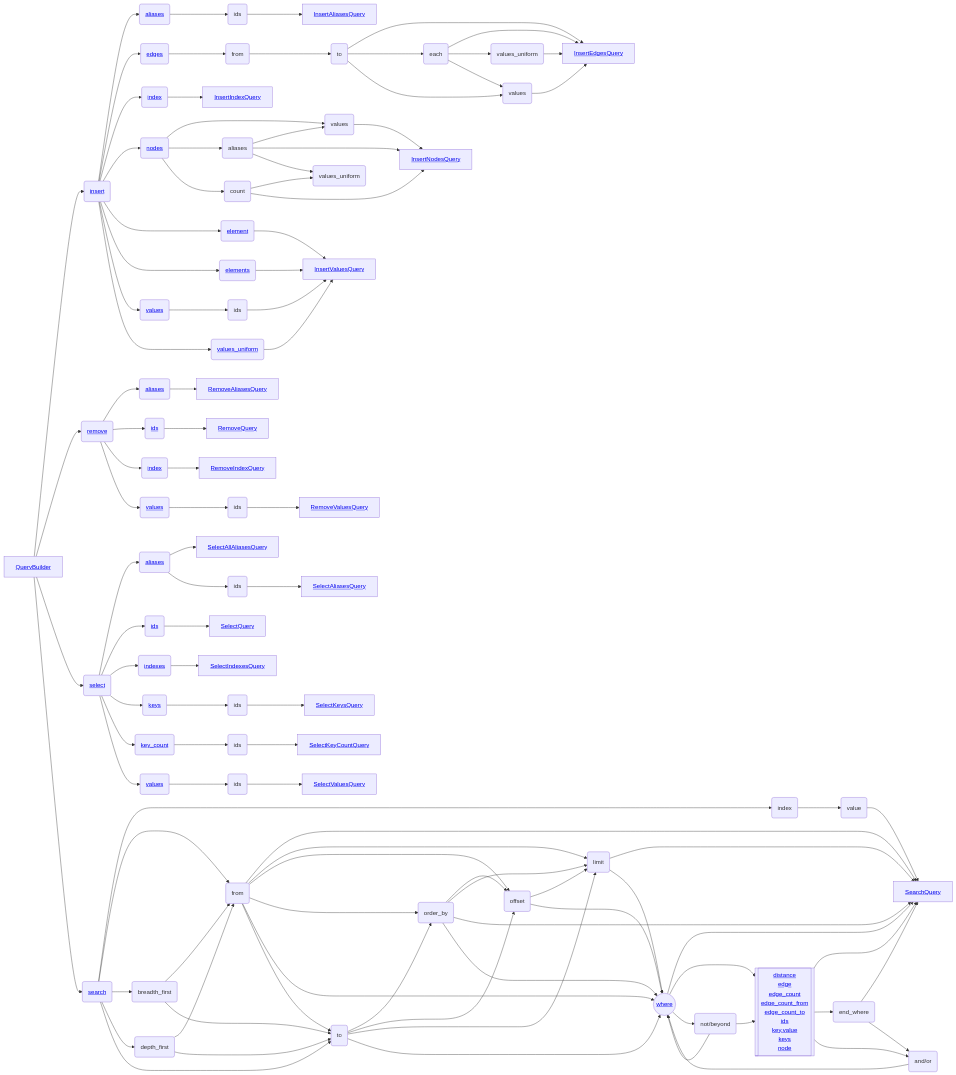
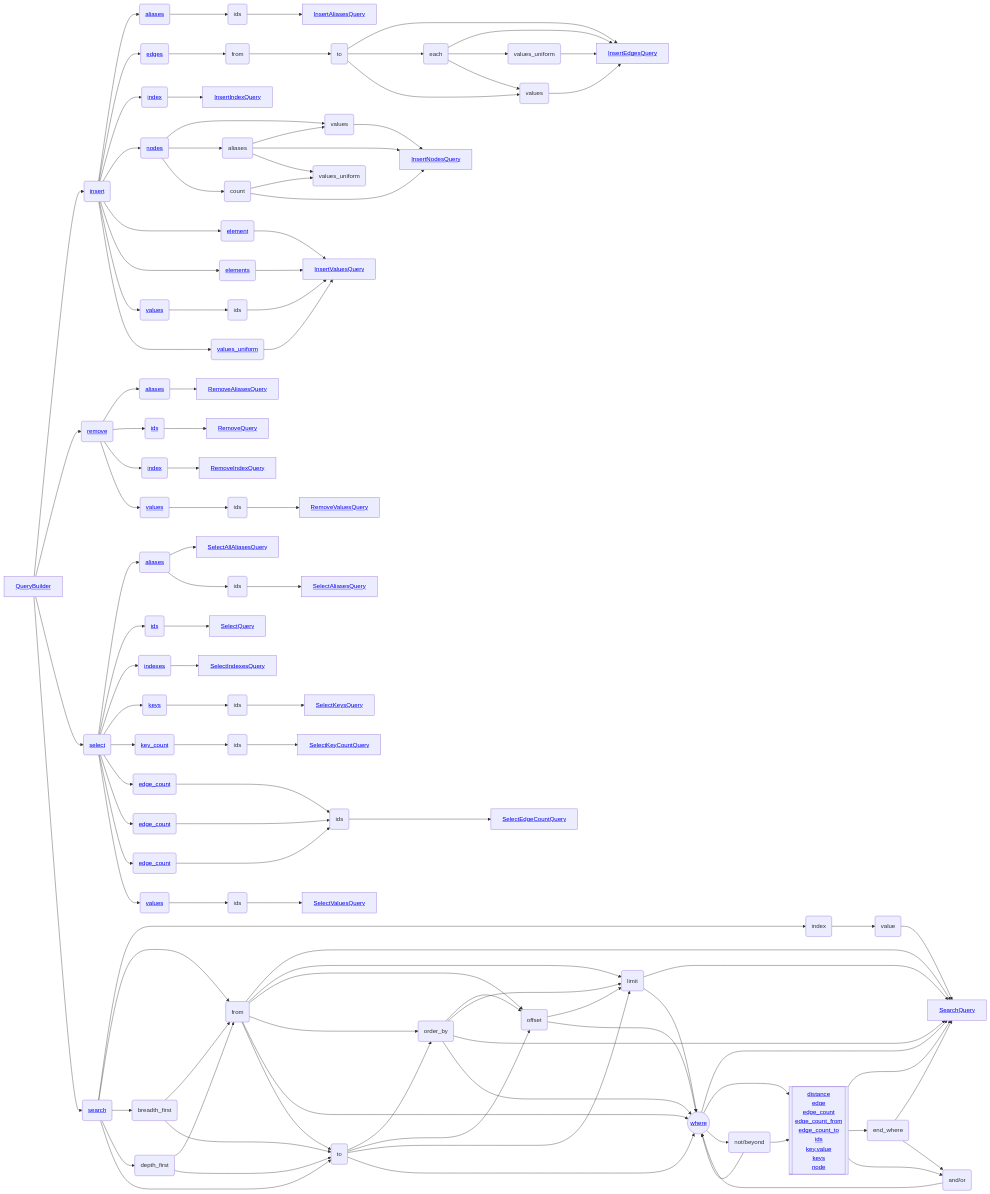
Before and after one commit to agnesoft/agdb: the diagram in docs/queries.md, drawn with Mermaid. The commit also changed other lines of this file and 18 other files, not shown here.

First line of the commit message:
[db] Add select edge_count #1084 (#1087)

````diff
--- a/docs/queries.md
+++ b/docs/queries.md
@@ -3,77 +3,80 @@
 ```mermaid
 flowchart LR
 
     QueryBuilder["<a href='https://docs.rs/agdb/latest/agdb/struct.QueryBuilder.html'>QueryBuilder</a>"] --> insert("<a href='https://github.com/agnesoft/agdb/blob/main/docs/queries.md#insert'>insert</a>")
     QueryBuilder --> remove("<a href='https://github.com/agnesoft/agdb/blob/main/docs/queries.md#remove'>remove</a>")
     QueryBuilder --> select("<a href='https://github.com/agnesoft/agdb/blob/main/docs/queries.md#select'>select</a>")
     QueryBuilder --> search("<a href='https://github.com/agnesoft/agdb/blob/main/docs/queries.md#search'>search</a>")
 
     insert --> i_aliases("<a href='https://github.com/agnesoft/agdb/blob/main/docs/queries.md#insert-aliases'>aliases</a>") --> i_a_ids("ids") --> InsertAliasesQuery["<a href='https://github.com/agnesoft/agdb/blob/main/docs/queries.md#insert-aliases'>InsertAliasesQuery</a>"]
     insert --> i_edges("<a href='https://github.com/agnesoft/agdb/blob/main/docs/queries.md#insert-edges'>edges</a>") --> i_e_from("from") --> i_e_to("to") --> InsertEdgesQuery["<a href='https://github.com/agnesoft/agdb/blob/main/docs/queries.md#insert-edges'>InsertEdgesQuery</a>"]
     i_e_to --> each("each") --> InsertEdgesQuery
     i_e_to --> i_e_values("values")
     each --> i_e_values_uniform("values_uniform") --> InsertEdgesQuery
     each --> i_e_values("values") --> InsertEdgesQuery
     insert --> i_index("<a href='https://github.com/agnesoft/agdb/blob/main/docs/queries.md#insert-index'>index</a>") --> InsertIndexQuery["<a href='https://github.com/agnesoft/agdb/blob/main/docs/queries.md#insert-index'>InsertIndexQuery</a>"]
     insert --> i_nodes("<a href='https://github.com/agnesoft/agdb/blob/main/docs/queries.md#insert-nodes'>nodes</a>")
     i_nodes --> i_n_values("values") --> InsertNodesQuery["<a href='https://github.com/agnesoft/agdb/blob/main/docs/queries.md#insert-nodes'>InsertNodesQuery</a>"]
     i_nodes --> i_n_aliases("aliases")
     i_n_count --> i_n_values_uniform("values_uniform")
     i_n_aliases --> i_n_values
     i_n_aliases --> InsertNodesQuery
     i_n_aliases --> i_n_values_uniform
     i_nodes --> i_n_count("count") --> InsertNodesQuery
     insert --> i_element("<a href='https://github.com/agnesoft/agdb/blob/main/docs/queries.md#insert-values'>element</a>") --> InsertValuesQuery["<a href='https://github.com/agnesoft/agdb/blob/main/docs/queries.md#insert-values'>InsertValuesQuery</a>"]
     insert --> i_elements("<a href='https://github.com/agnesoft/agdb/blob/main/docs/queries.md#insert-values'>elements</a>") --> InsertValuesQuery
     insert --> i_values("<a href='https://github.com/agnesoft/agdb/blob/main/docs/queries.md#insert-values'>values</a>")
     i_values --> i_v_ids("ids") --> InsertValuesQuery
     insert --> i_values_uniform("<a href='https://github.com/agnesoft/agdb/blob/main/docs/queries.md#insert-values'>values_uniform</a>") --> InsertValuesQuery
 
     remove --> r_aliases("<a href='https://github.com/agnesoft/agdb/blob/main/docs/queries.md#remove-aliases'>aliases</a>") --> RemoveAliasesQuery["<a href='https://github.com/agnesoft/agdb/blob/main/docs/queries.md#remove-aliases'>RemoveAliasesQuery</a>"]
     remove --> r_ids("<a href='https://github.com/agnesoft/agdb/blob/main/docs/queries.md#remove-elements'>ids</a>") --> RemoveQuery["<a href='https://github.com/agnesoft/agdb/blob/main/docs/queries.md#remove-elements'>RemoveQuery</a>"]
     remove --> r_index("<a href='https://github.com/agnesoft/agdb/blob/main/docs/queries.md#remove-index'>index</a>") --> RemoveIndexQuery["<a href='https://github.com/agnesoft/agdb/blob/main/docs/queries.md#remove-index'>RemoveIndexQuery</a>"]
     remove --> r_values("<a href='https://github.com/agnesoft/agdb/blob/main/docs/queries.md#remove-values'>values</a>") --> r_v_ids("ids") --> RemoveValuesQuery["<a href='https://github.com/agnesoft/agdb/blob/main/docs/queries.md#remove-values'>RemoveValuesQuery</a>"]
 
     select --> s_aliases("<a href='https://github.com/agnesoft/agdb/blob/main/docs/queries.md#select-aliases'>aliases</a>") --> SelectAllAliasesQuery["<a href='https://github.com/agnesoft/agdb/blob/main/docs/queries.md#select-all-aliases'>SelectAllAliasesQuery</a>"]
     s_aliases --> s_a_ids("ids") --> SelectAliasesQuery["<a href='https://github.com/agnesoft/agdb/blob/main/docs/queries.md#select-aliases'>SelectAliasesQuery</a>"]
     select --> s_ids("<a href='https://github.com/agnesoft/agdb/blob/main/docs/queries.md#select-elements'>ids</a>") --> SelectQuery["<a href='https://github.com/agnesoft/agdb/blob/main/docs/queries.md#select-elements'>SelectQuery</a>"]
     select --> s_indexes("<a href='https://github.com/agnesoft/agdb/blob/main/docs/queries.md#select-indexes'>indexes</a>") --> SelectIndexesQuery["<a href='https://github.com/agnesoft/agdb/blob/main/docs/queries.md#select-indexes'>SelectIndexesQuery</a>"]
     select --> s_keys("<a href='https://github.com/agnesoft/agdb/blob/main/docs/queries.md#select-keys'>keys</a>") --> s_k_ids("ids") --> SelectKeysQuery["<a href='https://github.com/agnesoft/agdb/blob/main/docs/queries.md#select-keys'>SelectKeysQuery</a>"]
     select --> key_count("<a href='https://github.com/agnesoft/agdb/blob/main/docs/queries.md#select-key-count'>key_count</a>") --> s_k_c_ids("ids") --> SelectKeyCountQuery["<a href='https://github.com/agnesoft/agdb/blob/main/docs/queries.md#select-key-count'>SelectKeyCountQuery</a>"]
+    select --> edge_count("<a href='https://github.com/agnesoft/agdb/blob/main/docs/queries.md#select-edge-count'>edge_count</a>") ---> s_e_c_ids("ids") ---> SelectEdgeCountQuery["<a href='https://github.com/agnesoft/agdb/blob/main/docs/queries.md#select-edge-count'>SelectEdgeCountQuery</a>"]
+    select --> edge_count_from("<a href='https://github.com/agnesoft/agdb/blob/main/docs/queries.md#select-edge-count'>edge_count</a>") ---> s_e_c_ids("ids")
+    select --> edge_count_to("<a href='https://github.com/agnesoft/agdb/blob/main/docs/queries.md#select-edge-count'>edge_count</a>") ---> s_e_c_ids("ids")
     select --> values("<a href='https://github.com/agnesoft/agdb/blob/main/docs/queries.md#select-values'>values</a>") --> s_v_ids("ids") --> SelectValuesQuery["<a href='https://github.com/agnesoft/agdb/blob/main/docs/queries.md#select-values'>SelectValuesQuery</a>"]
 
     search --> index("index") --> s_i_value("value") --> SearchQuery["<a href='https://github.com/agnesoft/agdb/blob/main/docs/queries.md#search'>SearchQuery</a>"]
     search --> from("from") --> SearchQuery
     from --> limit("limit") --> SearchQuery
     from --> offset("offset")
     offset --> limit
     from --> order_by("order_by")
     order_by --> offset
     order_by --> limit
     order_by --> SearchQuery
     from --> where --> SearchQuery
     from --> to("to")
     to --> order_by
     to --> offset
     to --> limit
     search --> breadth_first("breadth_first") --> from
     search --> depth_first("depth_first") --> from
     search --> to
     depth_first --> to
     breadth_first --> to
     to --> where(("<a href='https://github.com/agnesoft/agdb/blob/main/docs/queries.md#conditions'>where</a>"))
     order_by --> where
     offset --> where
     limit --> where
 
     condition --> SearchQuery
     end_where("end_where") --> SearchQuery
     where --> condition
     modifier --> where
     condition --> end_where
     end_where --> logic
     where --> modifier("not/beyond")
     modifier --> condition[["<a href='https://github.com/agnesoft/agdb/blob/main/docs/queries.md#conditions'>distance<br/>edge<br/>edge_count<br/>edge_count_from<br/>edge_count_to<br/>ids<br/>key.value<br/>keys<br/>node</a>"]]
     condition --> logic("and/or")
     logic --> where
 ```
````
